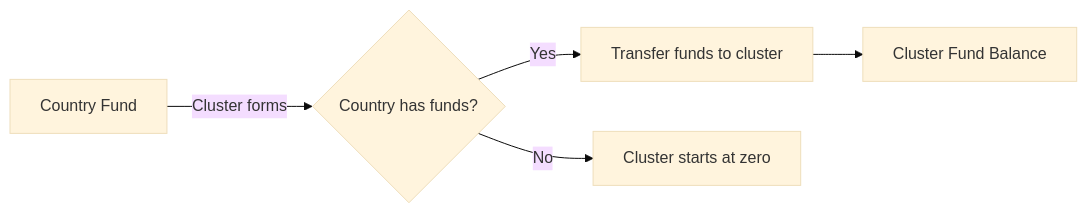
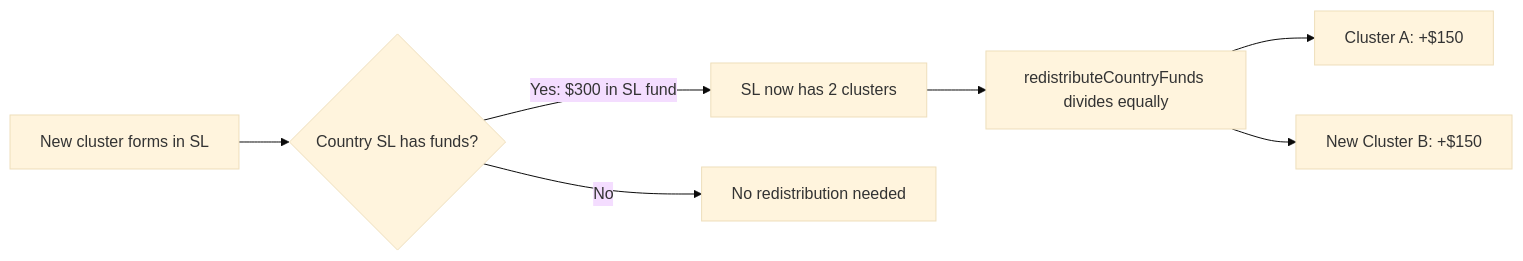
The second of 3 diagrams in REQ/155.md (pasosdeJesus/learn.tg), drawn with Mermaid (base theme) before and after one commit. The commit also changed other lines of this file and 11 other files, not shown here.

````diff
--- a/REQ/155.md
+++ b/REQ/155.md
@@ -101,7 +115,9 @@
 ```mermaid
 flowchart LR
-    A[Country Fund] -->|Cluster forms| B{Country has funds?}
-    B -->|Yes| C[Transfer funds to cluster]
-    B -->|No| D[Cluster starts at zero]
-    C --> E[Cluster Fund Balance]
+    A[New cluster forms in SL] --> B{Country SL has funds?}
+    B -->|Yes: $300 in SL fund| C[SL now has 2 clusters]
+    C --> D[redistributeCountryFunds divides equally]
+    D --> E[Cluster A: +$150]
+    D --> F[New Cluster B: +$150]
+    B -->|No| G[No redistribution needed]
 ```
````
